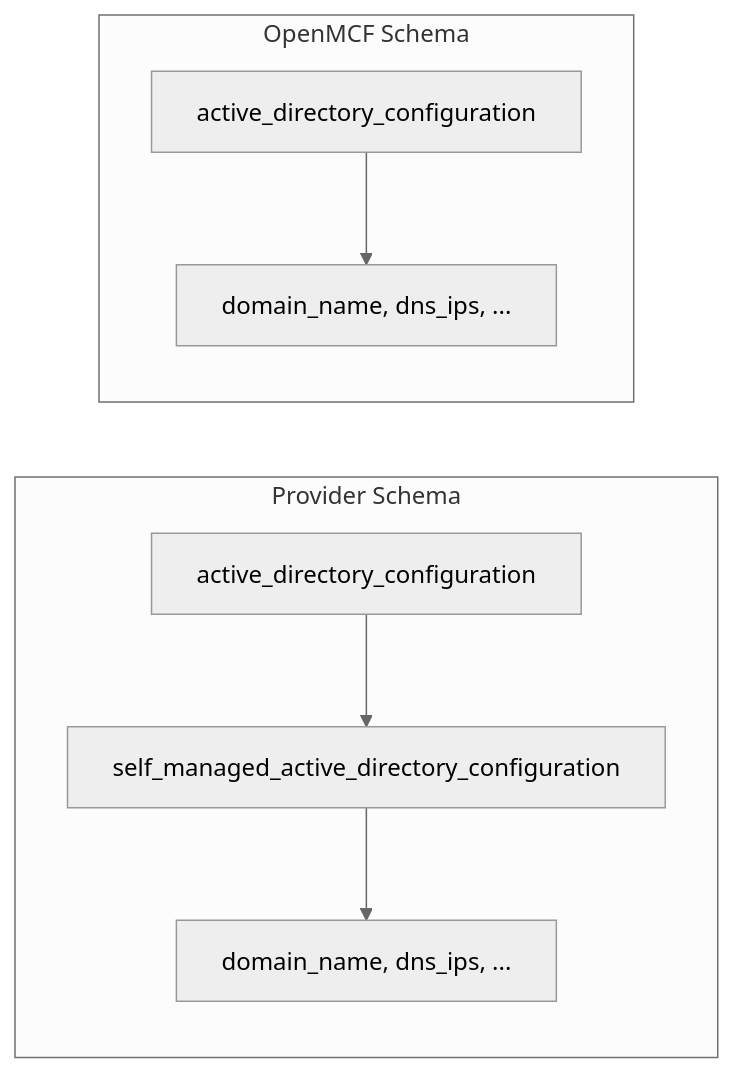
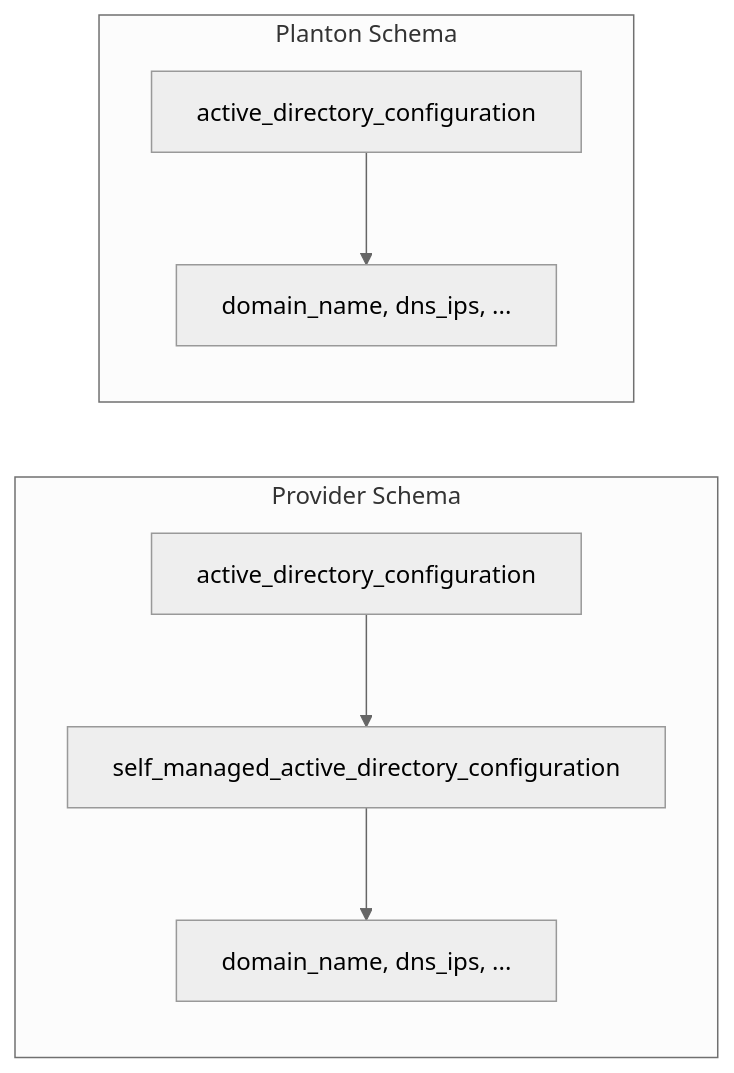
Before and after one commit to plantonhq/planton: the first of 2 diagrams in _changelog/2026-02/2026-02-16-152255-aws-fsx-ontap-storage-virtual-machine.md, drawn with Mermaid (neutral theme). The commit also changed 26098 other files, not shown here.

First line of the commit message:
refactor(repo): rebrand OpenMCF to Planton (module, protos, CLI, domain) (#449)

````diff
--- a/_changelog/2026-02/2026-02-16-152255-aws-fsx-ontap-storage-virtual-machine.md
+++ b/_changelog/2026-02/2026-02-16-152255-aws-fsx-ontap-storage-virtual-machine.md
@@ -38,10 +38,10 @@
 ```mermaid
 flowchart LR
     subgraph provider [Provider Schema]
         A[active_directory_configuration] --> B[self_managed_active_directory_configuration]
         B --> C[domain_name, dns_ips, ...]
     end
-    subgraph openmcf [OpenMCF Schema]
+    subgraph planton [Planton Schema]
         D[active_directory_configuration] --> E[domain_name, dns_ips, ...]
     end
 ```
````
